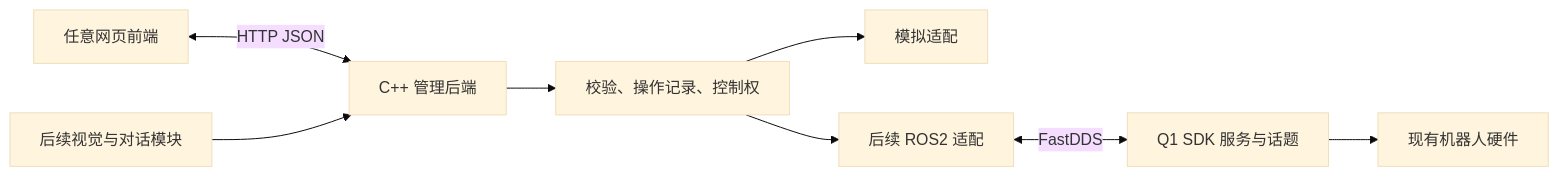
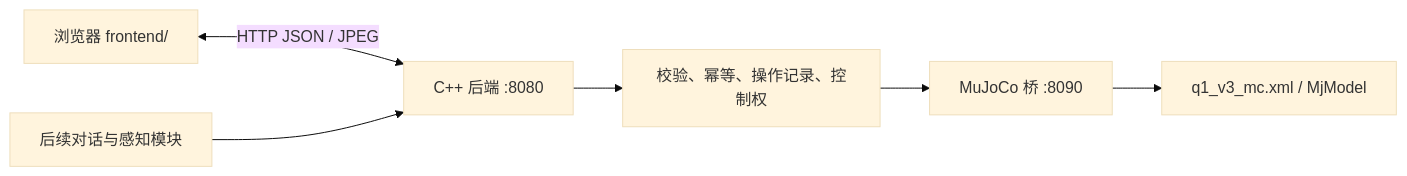
One commit to UniqueUpstart/IntelliBot changed the diagram in docs/文档2_独立需求分析.md. Above: the diagram before and after it, drawn with Mermaid (base theme). The commit also changed other lines of this file and 40 other files, not shown here.

````diff
--- a/docs/文档2_独立需求分析.md
+++ b/docs/文档2_独立需求分析.md
@@ -22,10 +21,8 @@
 ```mermaid
 flowchart LR
-  UI[任意网页前端] <-->|HTTP JSON| API[C++ 管理后端]
-  AI[后续视觉与对话模块] --> API
-  API --> Business[校验、操作记录、控制权]
-  Business --> Mock[模拟适配]
-  Business --> ROS[后续 ROS2 适配]
-  ROS <-->|FastDDS| Q1[Q1 SDK 服务与话题]
-  Q1 --> HW[现有机器人硬件]
+  UI[浏览器 frontend/] <-->|HTTP JSON / JPEG| API[C++ 后端 :8080]
+  AI[后续对话与感知模块] --> API
+  API --> Business[校验、幂等、操作记录、控制权]
+  Business --> Bridge[MuJoCo 桥 :8090]
+  Bridge --> Model[q1_v3_mc.xml / MjModel]
 ```
````
